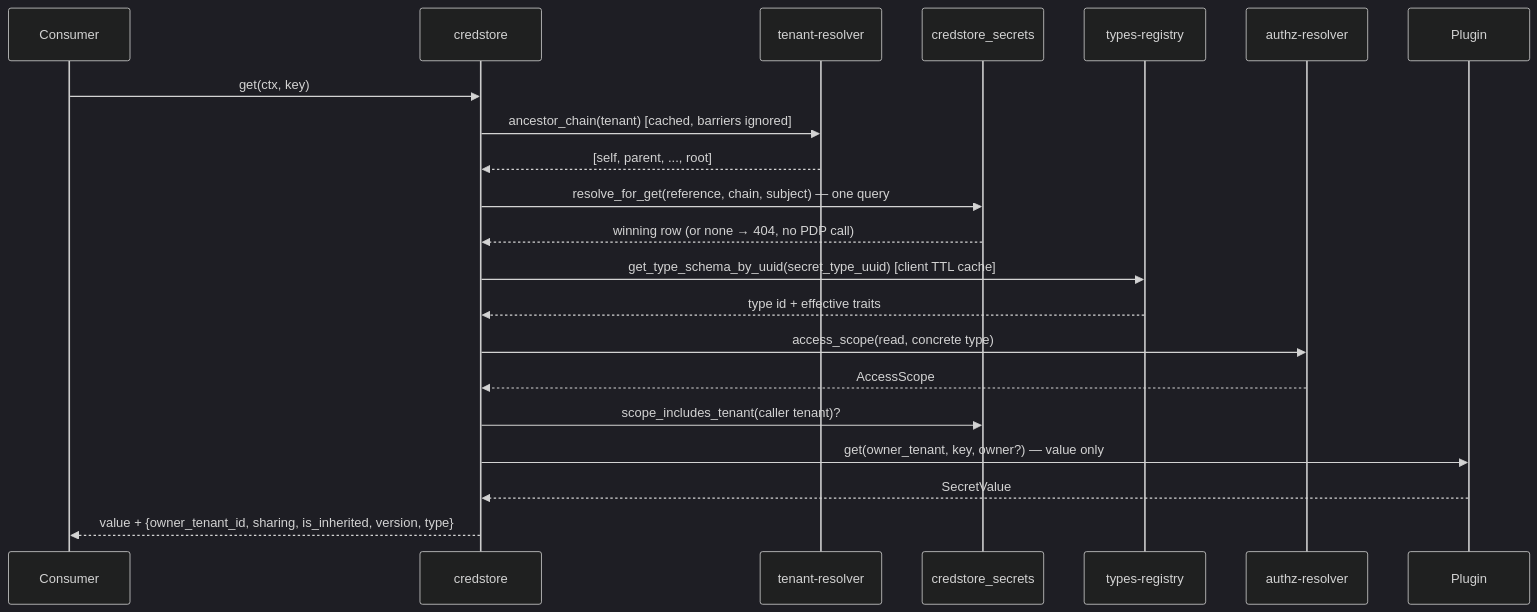
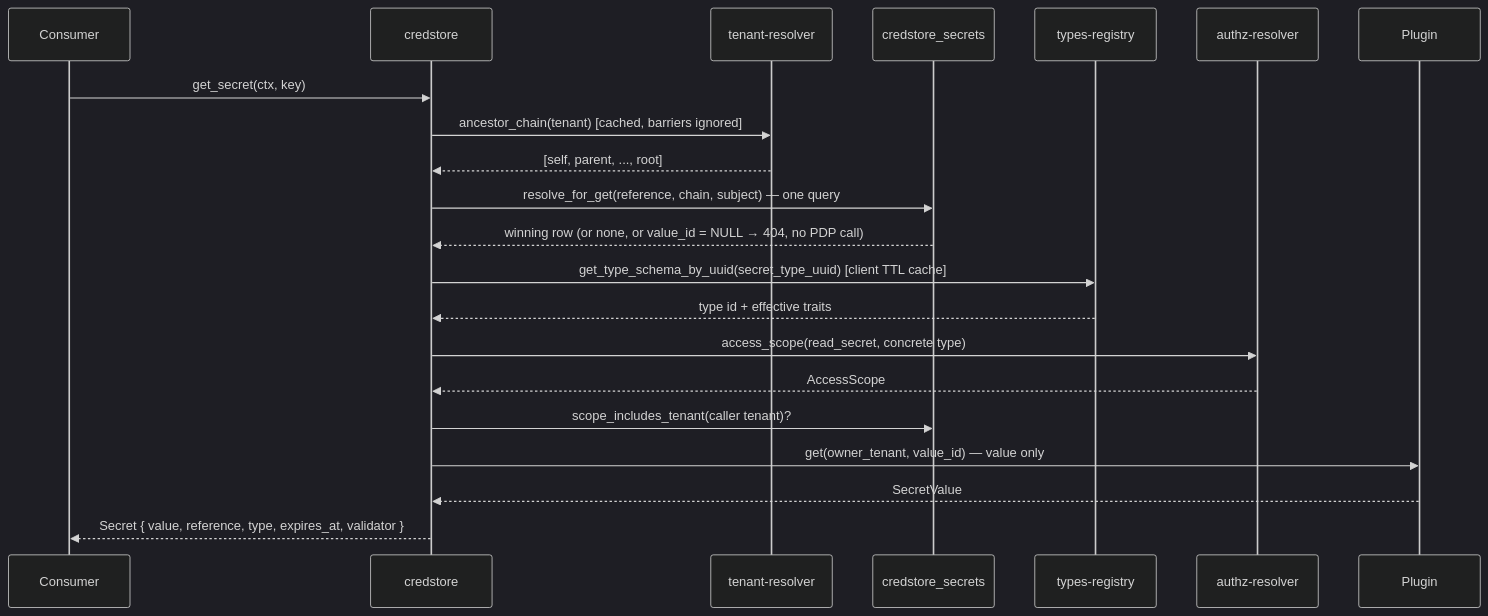
Before and after one commit to constructorfabric/cyberware-rust: the second of 5 diagrams in gears/credstore/docs/DESIGN.md, drawn with Mermaid (dark theme). The commit also changed other lines of this file and 2 other files, not shown here.

````diff
--- a/gears/credstore/docs/DESIGN.md
+++ b/gears/credstore/docs/DESIGN.md
@@ -532,24 +472,24 @@
 ```mermaid
 sequenceDiagram
     participant C as Consumer
     participant GW as credstore
     participant TR as tenant-resolver
     participant DB as credstore_secrets
     participant GTS as types-registry
     participant PDP as authz-resolver
     participant P as Plugin
 
-    C->>GW: get(ctx, key)
+    C->>GW: get_secret(ctx, key)
     GW->>TR: ancestor_chain(tenant) [cached, barriers ignored]
     TR-->>GW: [self, parent, ..., root]
     GW->>DB: resolve_for_get(reference, chain, subject) — one query
-    DB-->>GW: winning row (or none → 404, no PDP call)
+    DB-->>GW: winning row (or none, or value_id = NULL → 404, no PDP call)
     GW->>GTS: get_type_schema_by_uuid(secret_type_uuid) [client TTL cache]
     GTS-->>GW: type id + effective traits
-    GW->>PDP: access_scope(read, concrete type)
+    GW->>PDP: access_scope(read_secret, concrete type)
     PDP-->>GW: AccessScope
     GW->>DB: scope_includes_tenant(caller tenant)?
-    GW->>P: get(owner_tenant, key, owner?) — value only
+    GW->>P: get(owner_tenant, value_id) — value only
     P-->>GW: SecretValue
-    GW-->>C: value + {owner_tenant_id, sharing, is_inherited, version, type}
+    GW-->>C: Secret { value, reference, type, expires_at, validator }
 ```
````
